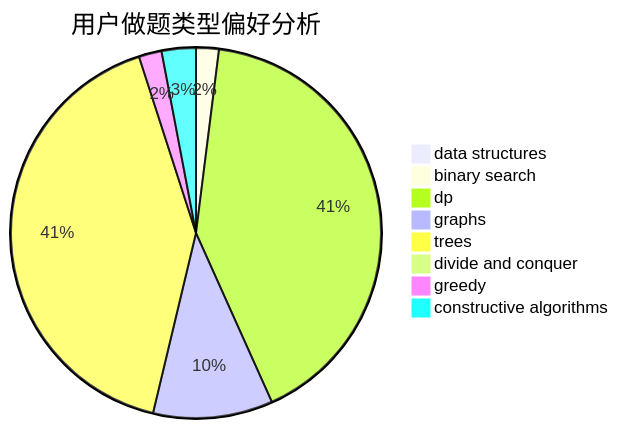
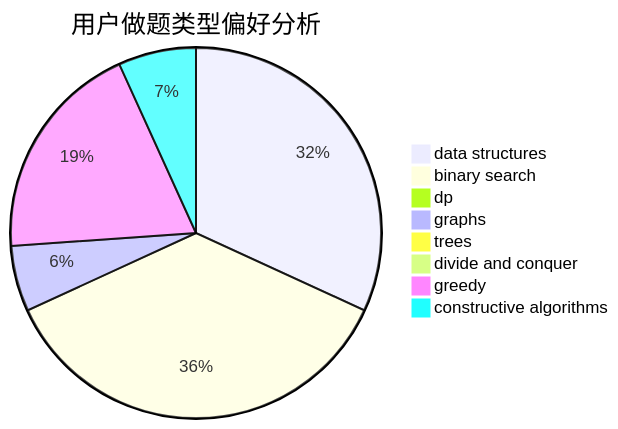
One commit to sherpahu/cfrs.github.io changed the second of 3 diagrams in docs/user/u1080.md. Above: the diagram before and after it, drawn with Mermaid. The commit also changed other lines of this file and 2770 other files, not shown here.

````diff
--- a/docs/user/u1080.md
+++ b/docs/user/u1080.md
@@ -23,11 +23,11 @@
 ```mermaid
 pie title 用户做题类型偏好分析
-    "data structures" :  0
-    "binary search" :  4
-    "dp" :  83
-    "graphs" :  21
-    "trees" :  83
+    "data structures" :  122
+    "binary search" :  139
+    "dp" :  3
+    "graphs" :  22
+    "trees" :  0
     "divide and conquer" :  0
-    "greedy" :  4
-    "constructive algorithms" :  6
+    "greedy" :  74
+    "constructive algorithms" :  26
 ```
````
